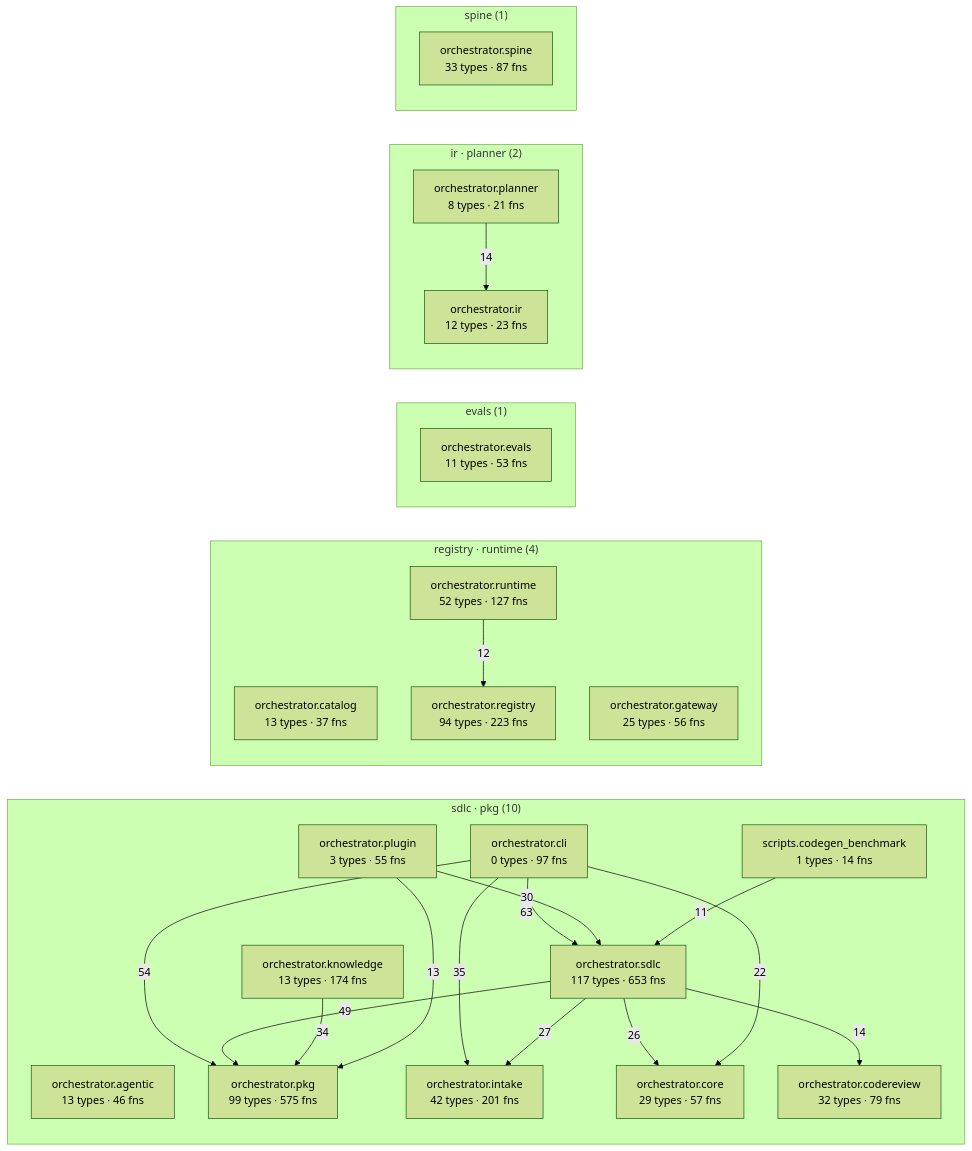
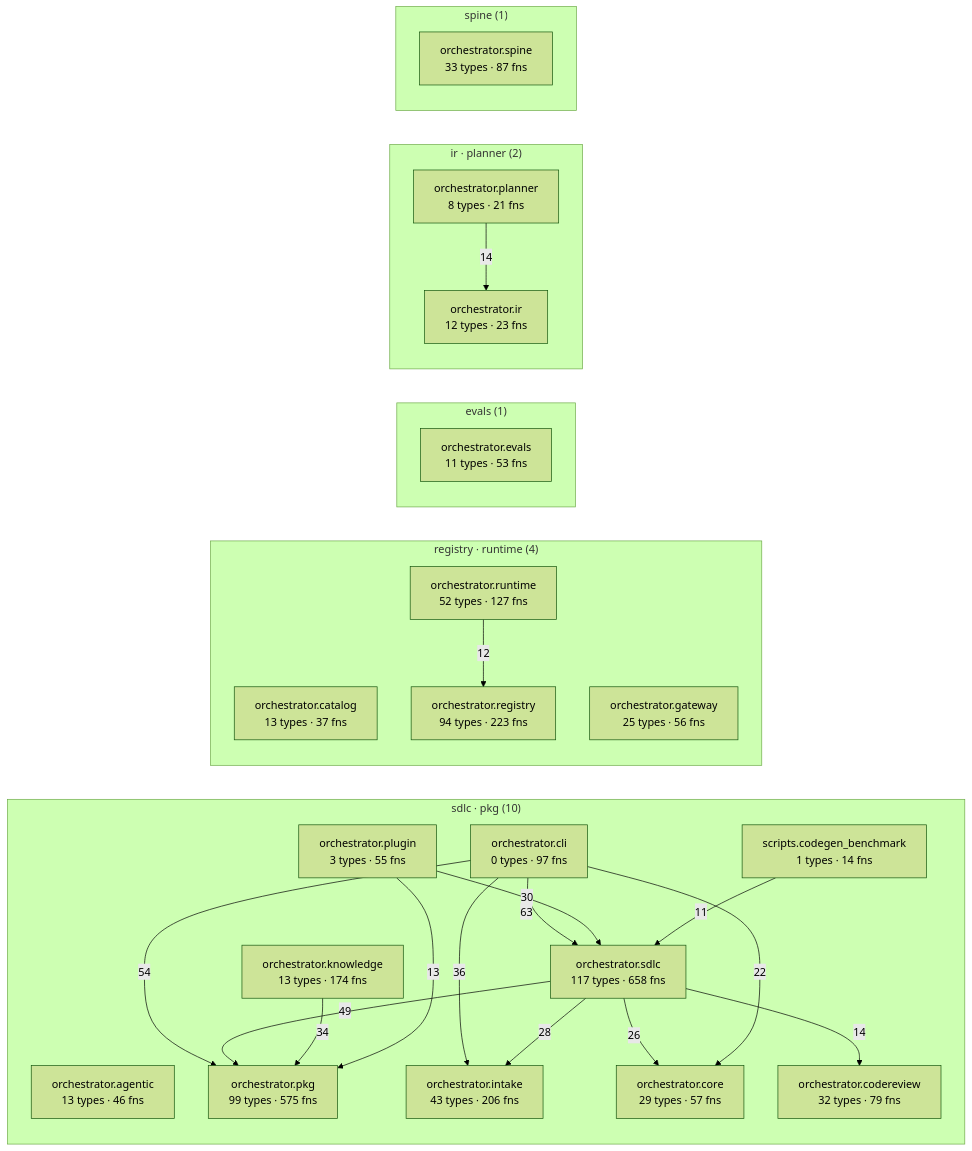
One commit to synaptixs/spine changed the diagram in episteme/architecture.md. Above: the diagram before and after it, drawn with Mermaid (forest theme). The commit also changed other lines of this file and 27 other files, not shown here.

````diff
--- a/episteme/architecture.md
+++ b/episteme/architecture.md
@@ -54,45 +54,45 @@
 ```mermaid
 flowchart LR
   subgraph c_1["sdlc · pkg (10)"]
     aorchestratoragentic["orchestrator.agentic<br/>13 types · 46 fns"]
     aorchestratorcli["orchestrator.cli<br/>0 types · 97 fns"]
     aorchestratorcodereview["orchestrator.codereview<br/>32 types · 79 fns"]
     aorchestratorcore["orchestrator.core<br/>29 types · 57 fns"]
-    aorchestratorintake["orchestrator.intake<br/>42 types · 201 fns"]
+    aorchestratorintake["orchestrator.intake<br/>43 types · 206 fns"]
     aorchestratorknowledge["orchestrator.knowledge<br/>13 types · 174 fns"]
     aorchestratorpkg["orchestrator.pkg<br/>99 types · 575 fns"]
     aorchestratorplugin["orchestrator.plugin<br/>3 types · 55 fns"]
-    aorchestratorsdlc["orchestrator.sdlc<br/>117 types · 653 fns"]
+    aorchestratorsdlc["orchestrator.sdlc<br/>117 types · 658 fns"]
     ascriptscodegenbenchmark["scripts.codegen_benchmark<br/>1 types · 14 fns"]
   end
   subgraph c_3["registry · runtime (4)"]
     aorchestratorcatalog["orchestrator.catalog<br/>13 types · 37 fns"]
     aorchestratorgateway["orchestrator.gateway<br/>25 types · 56 fns"]
     aorchestratorregistry["orchestrator.registry<br/>94 types · 223 fns"]
     aorchestratorruntime["orchestrator.runtime<br/>52 types · 127 fns"]
   end
   subgraph c_5["evals (1)"]
     aorchestratorevals["orchestrator.evals<br/>11 types · 53 fns"]
   end
   subgraph c_7["ir · planner (2)"]
     aorchestratorir["orchestrator.ir<br/>12 types · 23 fns"]
     aorchestratorplanner["orchestrator.planner<br/>8 types · 21 fns"]
   end
   subgraph c_10["spine (1)"]
     aorchestratorspine["orchestrator.spine<br/>33 types · 87 fns"]
   end
   aorchestratorcli -->|63| aorchestratorsdlc
   aorchestratorcli -->|54| aorchestratorpkg
   aorchestratorsdlc -->|49| aorchestratorpkg
-  aorchestratorcli -->|35| aorchestratorintake
+  aorchestratorcli -->|36| aorchestratorintake
   aorchestratorknowledge -->|34| aorchestratorpkg
   aorchestratorplugin -->|30| aorchestratorsdlc
-  aorchestratorsdlc -->|27| aorchestratorintake
+  aorchestratorsdlc -->|28| aorchestratorintake
   aorchestratorsdlc -->|26| aorchestratorcore
   aorchestratorcli -->|22| aorchestratorcore
   aorchestratorplanner -->|14| aorchestratorir
   aorchestratorsdlc -->|14| aorchestratorcodereview
   aorchestratorplugin -->|13| aorchestratorpkg
   aorchestratorruntime -->|12| aorchestratorregistry
   ascriptscodegenbenchmark -->|11| aorchestratorsdlc
 ```
````
